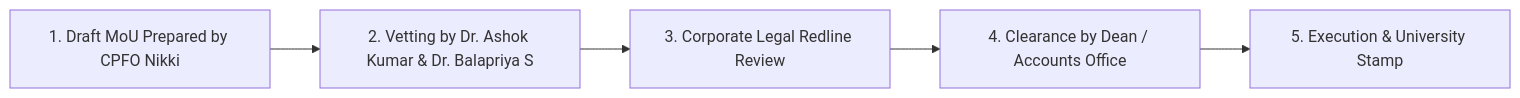
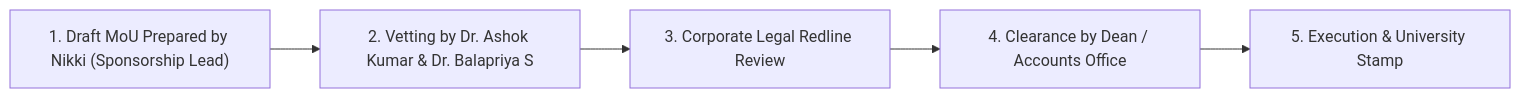
Before and after one commit to MasterZ1311/Kairos: the diagram in teams/01_sponsorship_and_partnerships/signed_mous_and_contracts/README.md, drawn with Mermaid. The commit also changed other lines of this file and 48 other files, not shown here.

````diff
--- a/teams/01_sponsorship_and_partnerships/signed_mous_and_contracts/README.md
+++ b/teams/01_sponsorship_and_partnerships/signed_mous_and_contracts/README.md
@@ -30,7 +30,7 @@
 ```mermaid
 graph LR
-    A["1. Draft MoU Prepared by CPFO Nikki"] --> B["2. Vetting by Dr. Ashok Kumar & Dr. Balapriya S"]
+    A["1. Draft MoU Prepared by Nikki (Sponsorship Lead)"] --> B["2. Vetting by Dr. Ashok Kumar & Dr. Balapriya S"]
     B --> C["3. Corporate Legal Redline Review"]
     C --> D["4. Clearance by Dean / Accounts Office"]
     D --> E["5. Execution & University Stamp"]
 ```
````
